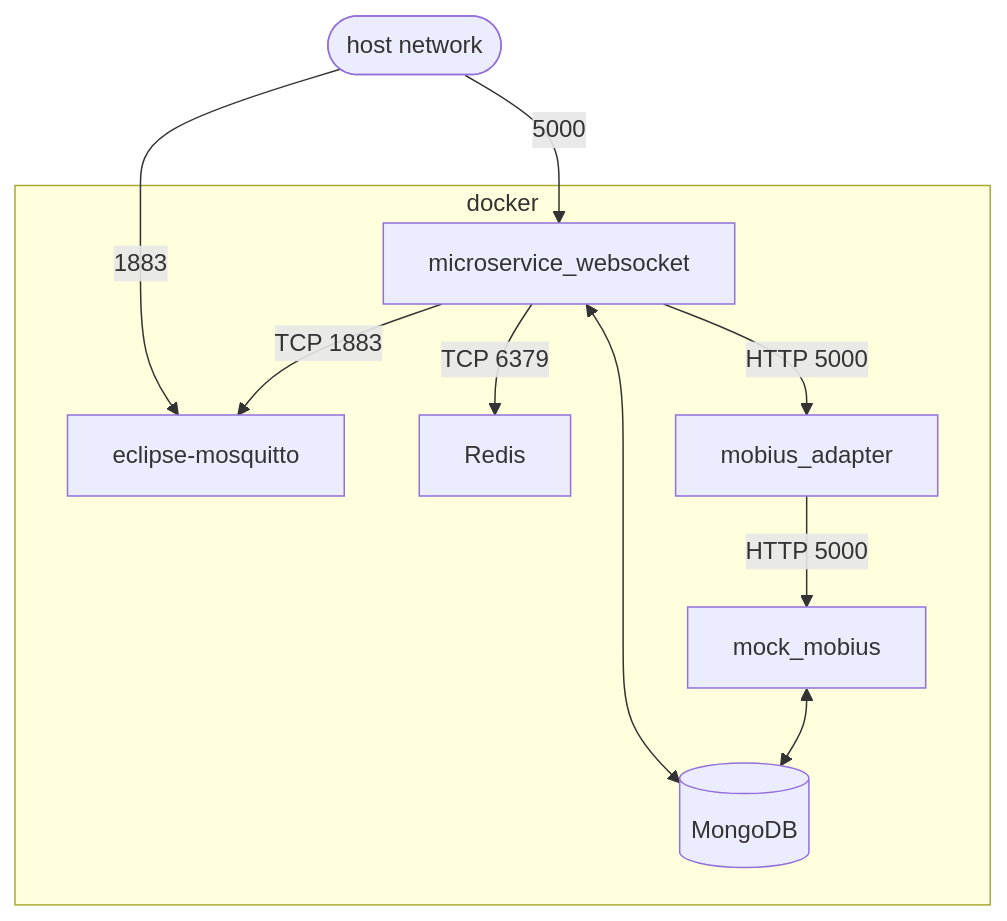
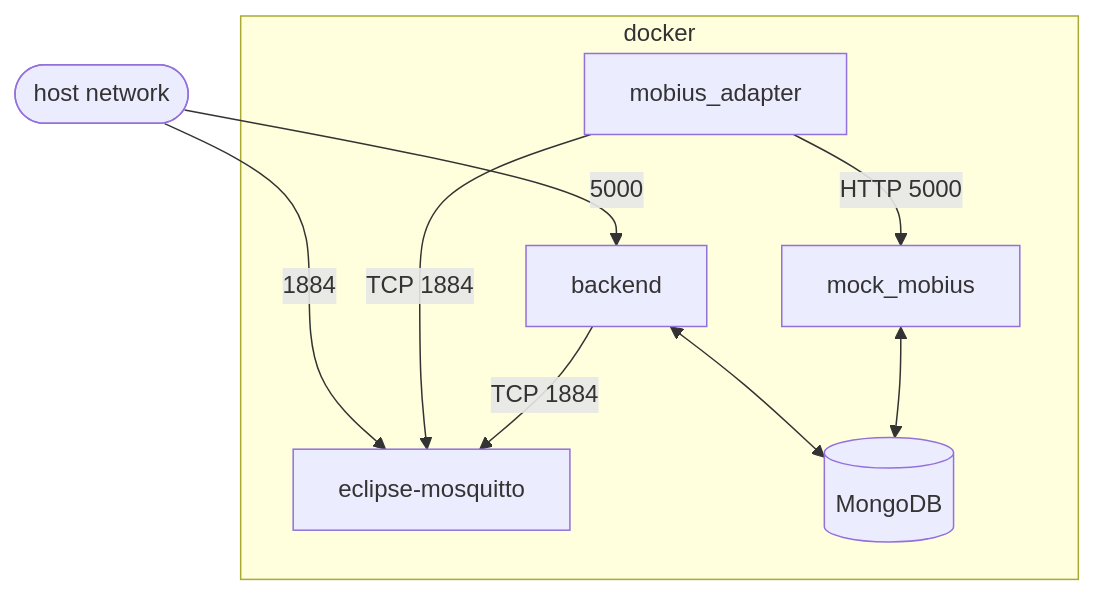
One commit to monemasrl/irma changed the second of 3 diagrams in README.md. Above: the diagram before and after it, drawn with Mermaid. The commit also changed other lines of this file and 8 other files, not shown here.

````diff
--- a/README.md
+++ b/README.md
@@ -50,23 +47,22 @@
 ```mermaid
 flowchart TD;
 
 subgraph docker
     mqtt[eclipse-mosquitto]
     mobius[mock_mobius]
     ma[mobius_adapter]
     mongo[(MongoDB)]
-    msw[microservice_websocket]
-    redis[Redis]
+    b[backend]
 
-    msw -- TCP 1883 --> mqtt
-    msw -- TCP 6379 --> redis
+    b -- TCP 1884 --> mqtt
+    ma -- TCP 1884 --> mqtt
     mobius <--> mongo
-    msw <--> mongo
-    msw -- HTTP 5000 --> ma
+    b <--> mongo
     ma -- HTTP 5000 --> mobius
 end
+
 out([host network])
-out -- 1883 --> mqtt
-out -- 5000 --> msw
+out -- 1884 --> mqtt
+out -- 5000 --> b
 
 ```
````
